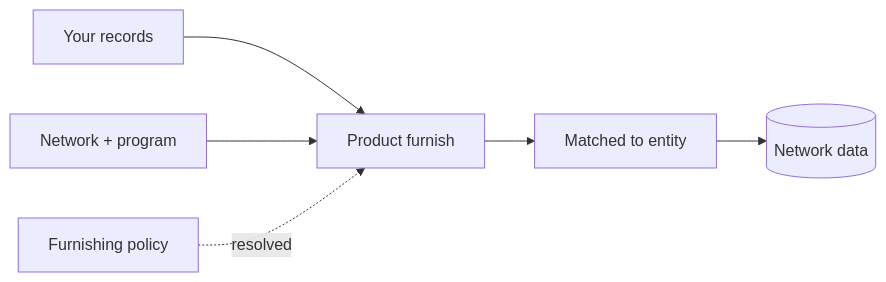
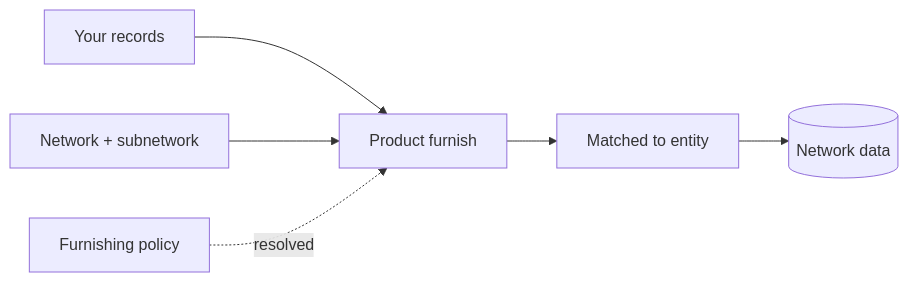
One commit to solo-finance/docs changed the diagram in api-overview/furnishing/overview.mdx. Above: the diagram before and after it, drawn with Mermaid. The commit also changed other lines of this file and 33 other files, not shown here.

````diff
--- a/api-overview/furnishing/overview.mdx
+++ b/api-overview/furnishing/overview.mdx
@@ -94,8 +94,8 @@
 ```mermaid
 flowchart LR
     Rec[Your records] --> F[Product furnish]
-    N[Network + program] --> F
+    N[Network + subnetwork] --> F
     P[Furnishing policy] -. resolved .-> F
     F --> M[Matched to entity]
     M --> Store[(Network data)]
 ```
````
